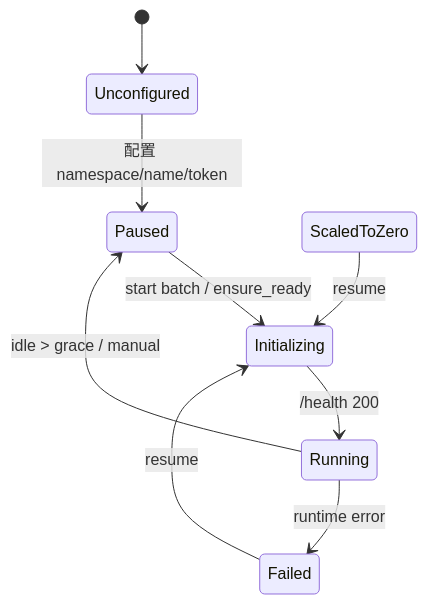
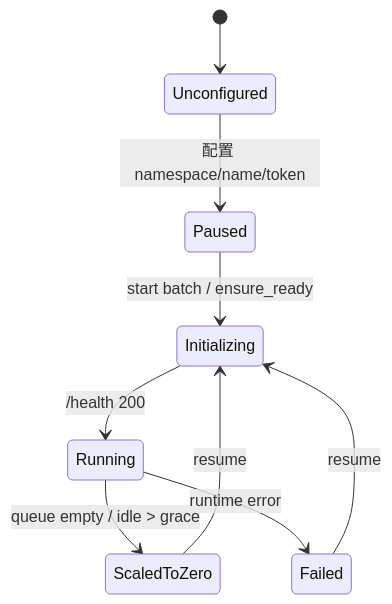
One commit to fandiiiiiii/cadence-studio changed the second of 2 diagrams in docs/architecture/system.md. Above: the diagram before and after it, drawn with Mermaid. The commit also changed other lines of this file and 22 other files, not shown here.

````diff
--- a/docs/architecture/system.md
+++ b/docs/architecture/system.md
@@ -125,11 +125,11 @@
 ```mermaid
 stateDiagram-v2
   [*] --> Unconfigured
   Unconfigured --> Paused: 配置 namespace/name/token
   Paused --> Initializing: start batch / ensure_ready
   ScaledToZero --> Initializing: resume
   Initializing --> Running: /health 200
-  Running --> Paused: idle > grace / manual
+  Running --> ScaledToZero: queue empty / idle > grace
   Running --> Failed: runtime error
   Failed --> Initializing: resume
 ```
````
